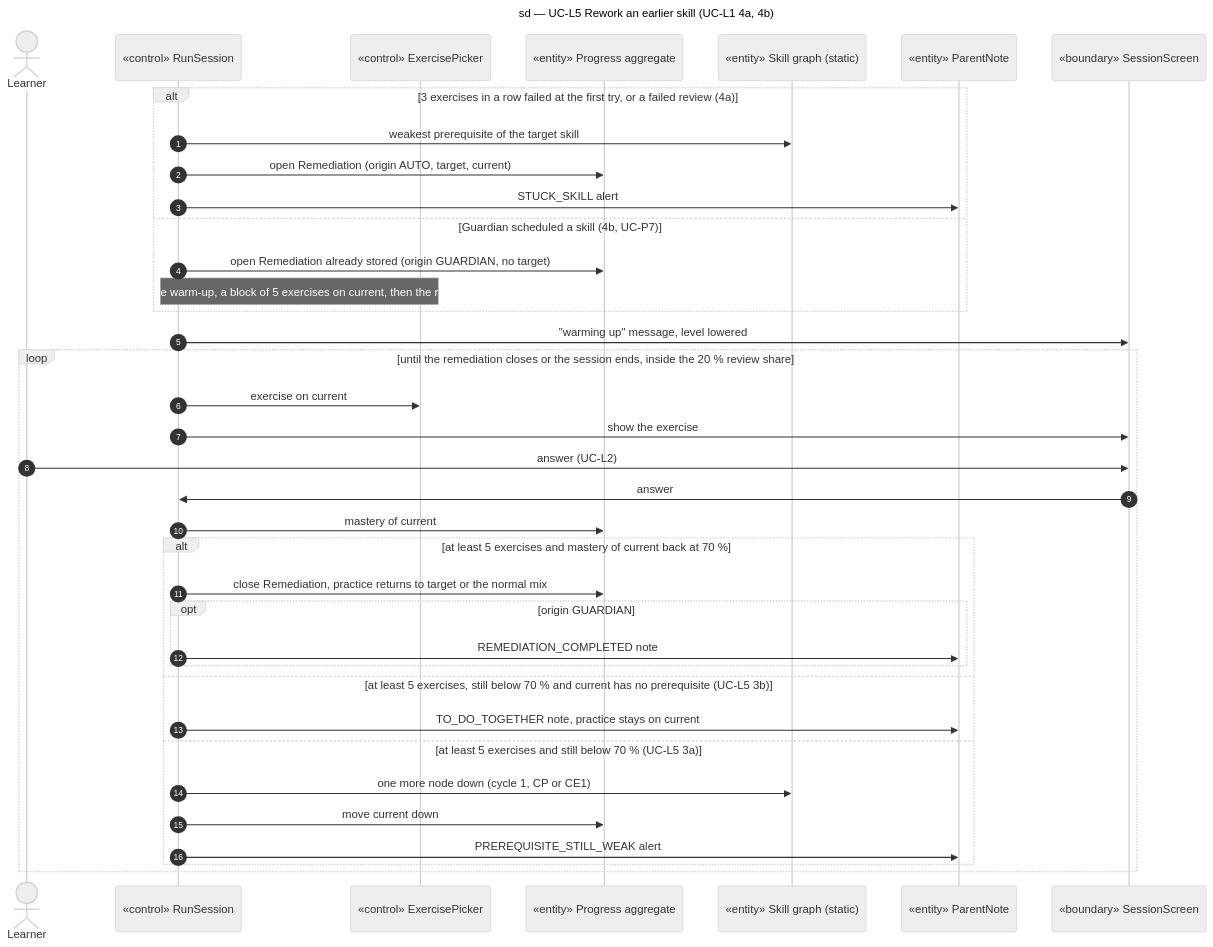
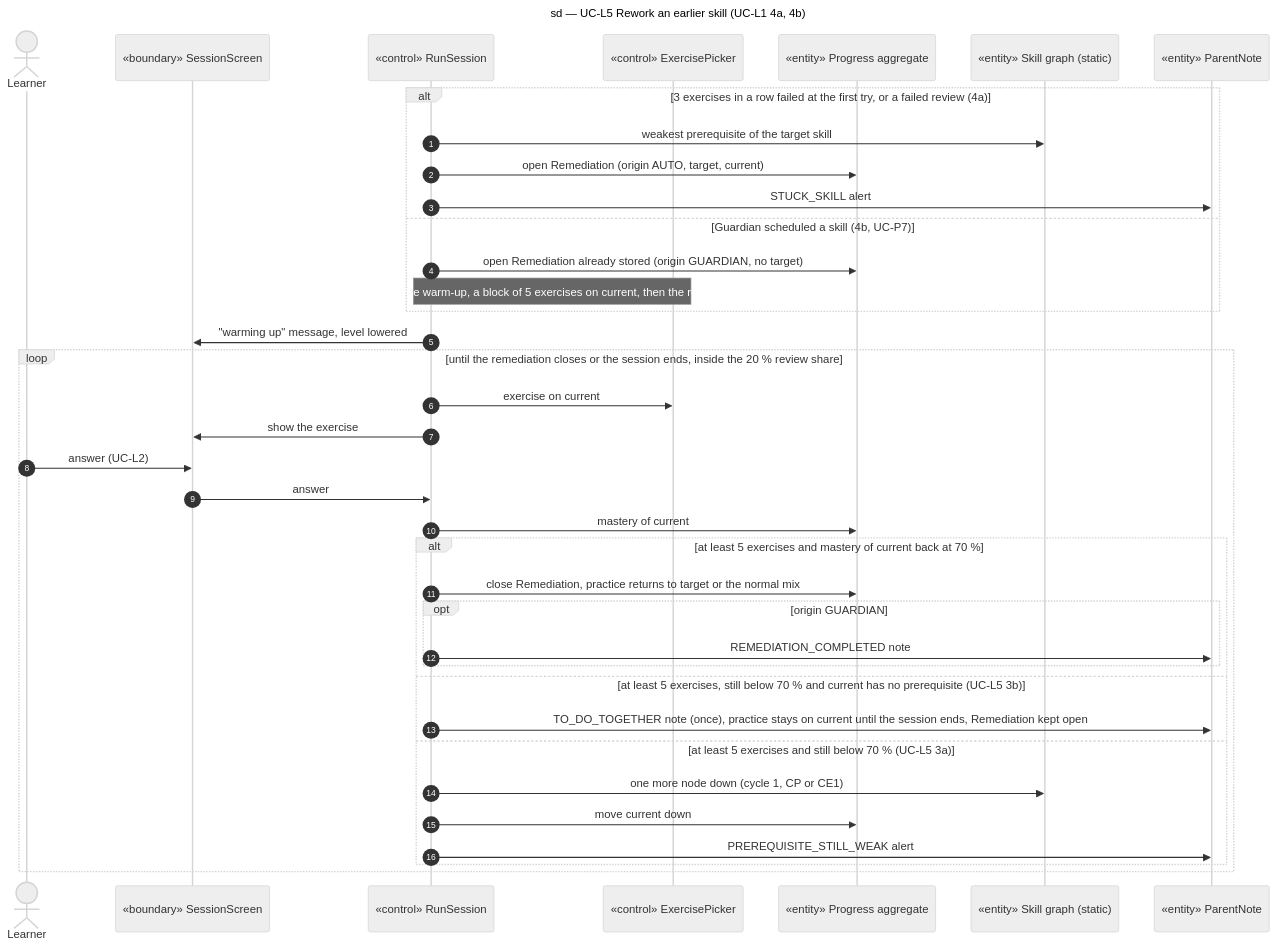
Before and after one commit to benoit-bremaud/learn-to-earn: the diagram in docs/architecture/diagrams/learning/04-sequence-remediation.md, drawn with Mermaid (neutral theme). The commit also changed other lines of this file and 29 other files, not shown here.

First line of the commit message:
docs(architecture): clear the design backlog after the story review

````diff
--- a/docs/architecture/diagrams/learning/04-sequence-remediation.md
+++ b/docs/architecture/diagrams/learning/04-sequence-remediation.md
@@ -16,41 +16,41 @@
 ```mermaid
 sequenceDiagram
   title sd — UC-L5 Rework an earlier skill (UC-L1 4a, 4b)
   autonumber
   actor Learner
+  participant UI as «boundary» SessionScreen
   participant Ctl as «control» RunSession
   participant Sel as «control» ExercisePicker
   participant Progress as «entity» Progress aggregate
   participant Graph as «entity» Skill graph (static)
   participant Notes as «entity» ParentNote
-  participant UI as «boundary» SessionScreen
 
   alt 3 exercises in a row failed at the first try, or a failed review (4a)
     Ctl->>Graph: weakest prerequisite of the target skill
     Ctl->>Progress: open Remediation (origin AUTO, target, current)
     Ctl->>Notes: STUCK_SKILL alert
   else Guardian scheduled a skill (4b, UC-P7)
     Ctl->>Progress: open Remediation already stored (origin GUARDIAN, no target)
     Note over Ctl,Sel: right after the warm-up, a block of 5 exercises on current, then the review share
   end
   Ctl->>UI: "warming up" message, level lowered
   loop until the remediation closes or the session ends, inside the 20 % review share
     Ctl->>Sel: exercise on current
     Ctl->>UI: show the exercise
     Learner->>UI: answer (UC-L2)
     UI->>Ctl: answer
     Ctl->>Progress: mastery of current
     alt at least 5 exercises and mastery of current back at 70 %
       Ctl->>Progress: close Remediation, practice returns to target or the normal mix
       opt origin GUARDIAN
         Ctl->>Notes: REMEDIATION_COMPLETED note
       end
     else at least 5 exercises, still below 70 % and current has no prerequisite (UC-L5 3b)
-      Ctl->>Notes: TO_DO_TOGETHER note, practice stays on current
+      Ctl->>Notes: TO_DO_TOGETHER note (once), practice stays on current until the session ends, Remediation kept open
     else at least 5 exercises and still below 70 % (UC-L5 3a)
       Ctl->>Graph: one more node down (cycle 1, CP or CE1)
       Ctl->>Progress: move current down
       Ctl->>Notes: PREREQUISITE_STILL_WEAK alert
     end
   end
 ```
````
